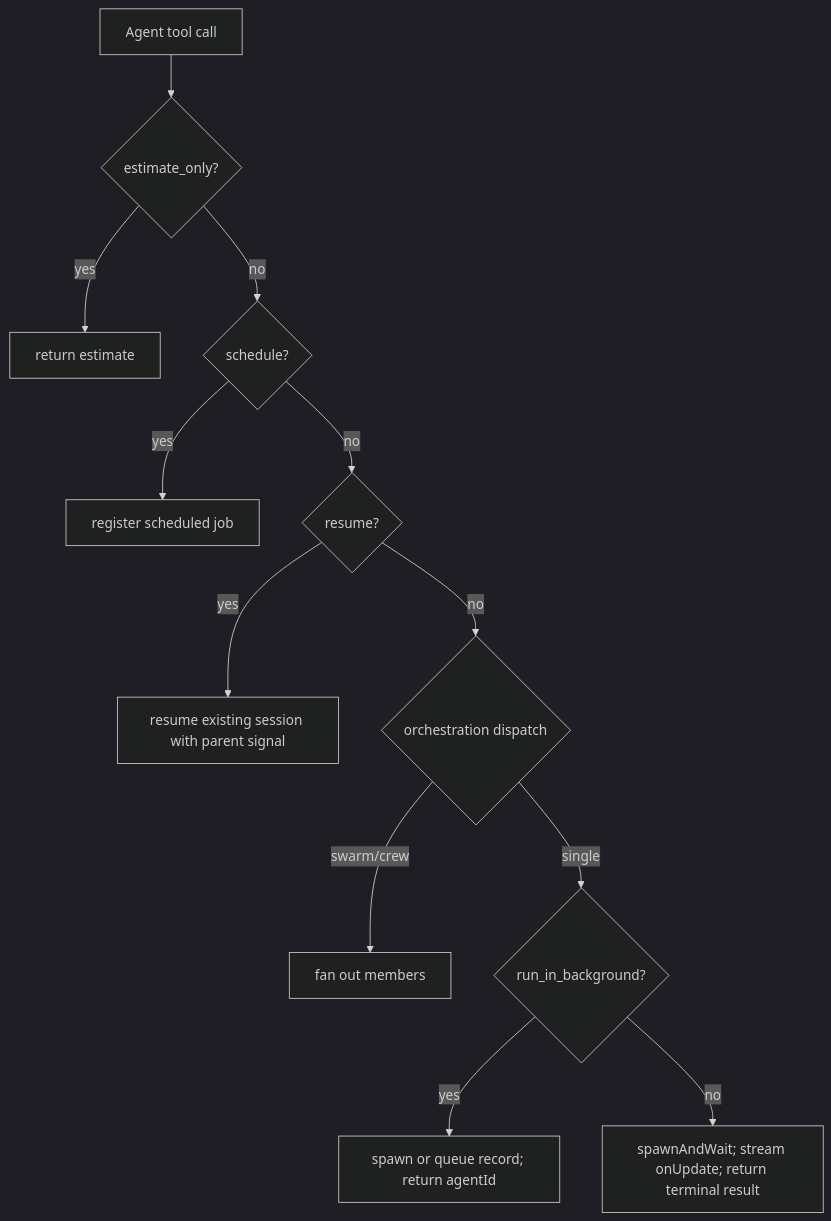
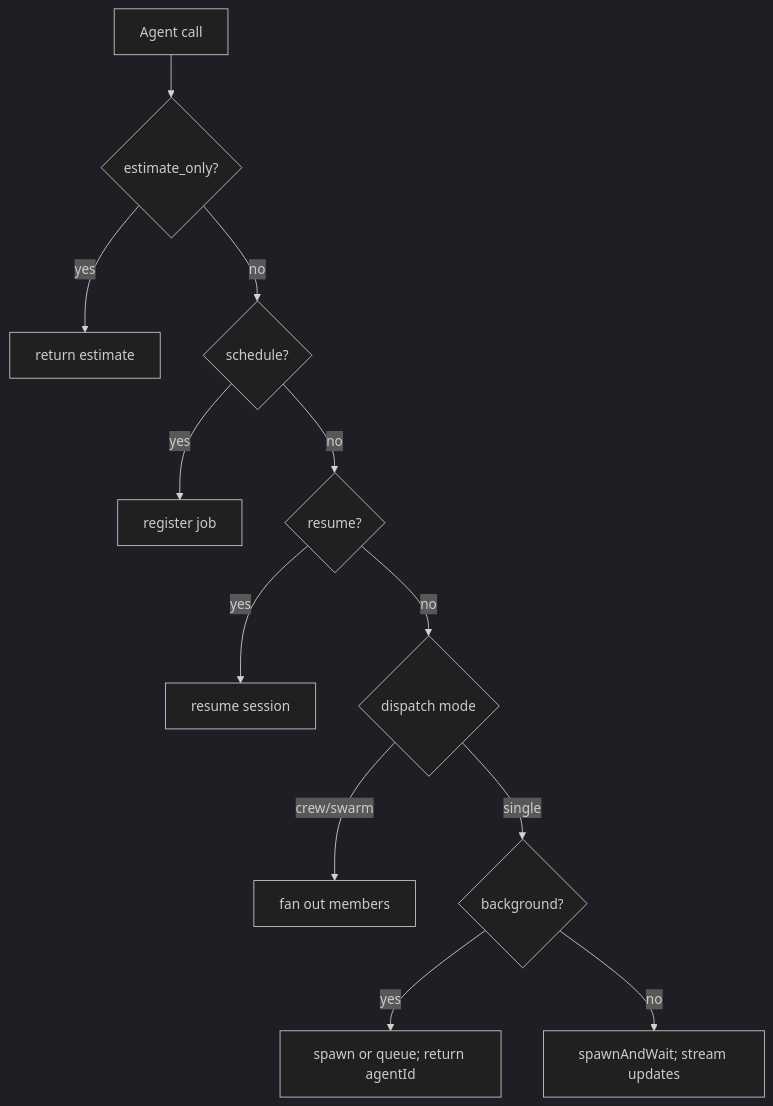
Before and after one commit to OnlineChefGroep/pi-agent-orchestrator: the second of 5 diagrams in docs/tool-calling.md, drawn with Mermaid (dark theme). The commit also changed other lines of this file, not shown here.

Commit message:
docs: align tool-call contract with queued and fan-out behavior

````diff
--- a/docs/tool-calling.md
+++ b/docs/tool-calling.md
@@ -639,14 +637,14 @@
 ```mermaid
 flowchart TD
-    A[Agent tool call] --> B{estimate_only?}
+    A[Agent call] --> B{estimate_only?}
     B -- yes --> C[return estimate]
     B -- no --> D{schedule?}
-    D -- yes --> E[register scheduled job]
+    D -- yes --> E[register job]
     D -- no --> F{resume?}
-    F -- yes --> G[resume existing session with parent signal]
-    F -- no --> H{orchestration dispatch}
-    H -- swarm/crew --> I[fan out members]
-    H -- single --> J{run_in_background?}
-    J -- yes --> K[spawn or queue record; return agentId]
-    J -- no --> L[spawnAndWait; stream onUpdate; return terminal result]
+    F -- yes --> G[resume session]
+    F -- no --> H{dispatch mode}
+    H -- crew/swarm --> I[fan out members]
+    H -- single --> J{background?}
+    J -- yes --> K[spawn or queue; return agentId]
+    J -- no --> L[spawnAndWait; stream updates]
 ```
````
